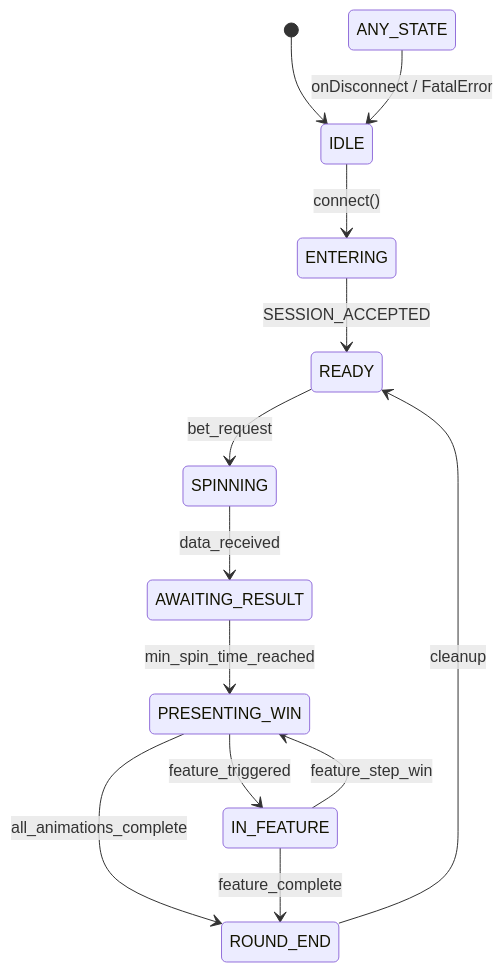
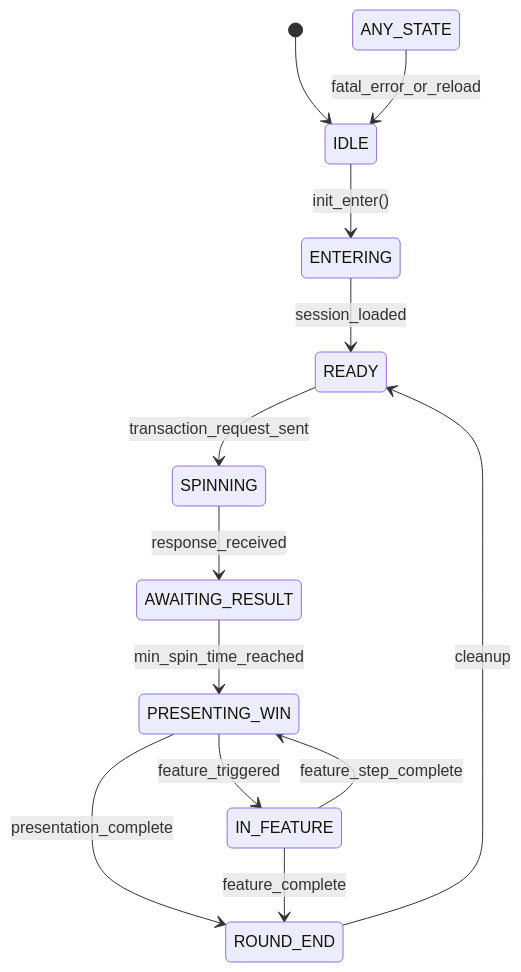
The diagram in Gamesv1/docs/game/round-lifecycle.md (alexandrbogomaniuc/GSRefactor), drawn with Mermaid before and after one commit. The commit also changed other lines of this file and 60 other files, not shown here.

````diff
--- a/Gamesv1/docs/game/round-lifecycle.md
+++ b/Gamesv1/docs/game/round-lifecycle.md
@@ -7,17 +7,16 @@
 ```mermaid
 stateDiagram-v2
     [*] --> IDLE
-    IDLE --> ENTERING : connect()
-    ENTERING --> READY : SESSION_ACCEPTED
-    READY --> SPINNING : bet_request
-    SPINNING --> AWAITING_RESULT : data_received
+    IDLE --> ENTERING : init_enter()
+    ENTERING --> READY : session_loaded
+    READY --> SPINNING : transaction_request_sent
+    SPINNING --> AWAITING_RESULT : response_received
     AWAITING_RESULT --> PRESENTING_WIN : min_spin_time_reached
     PRESENTING_WIN --> IN_FEATURE : feature_triggered
-    IN_FEATURE --> PRESENTING_WIN : feature_step_win
-    PRESENTING_WIN --> ROUND_END : all_animations_complete
+    IN_FEATURE --> PRESENTING_WIN : feature_step_complete
+    PRESENTING_WIN --> ROUND_END : presentation_complete
     IN_FEATURE --> ROUND_END : feature_complete
     ROUND_END --> READY : cleanup
-    
-    %% Error Handling
-    ANY_STATE --> IDLE : onDisconnect / FatalError
+
+    ANY_STATE --> IDLE : fatal_error_or_reload
 ```
````
